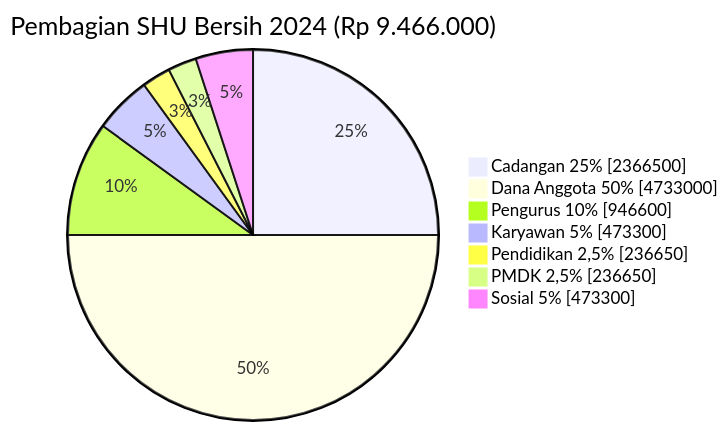
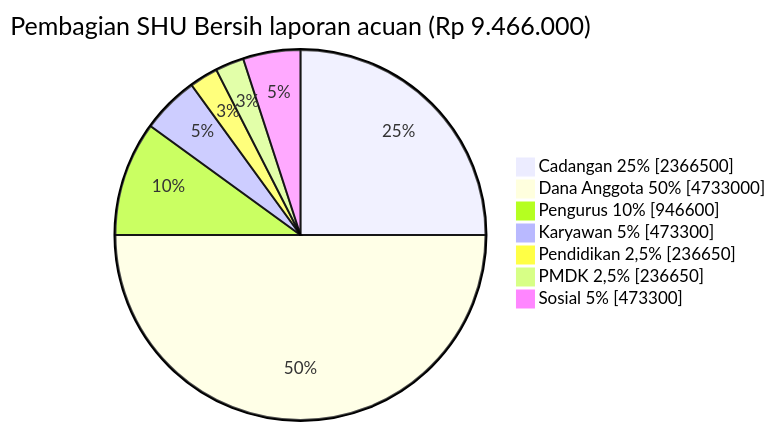
Before and after one commit to SpiNoice01/Kopdes_Kedungsana-new: the second of 4 diagrams in kopdes_kedungsana/docs/Rumus_SHU_Plug_and_Play.md, drawn with Mermaid. The commit also changed other lines of this file and 6 other files, not shown here.

````diff
--- a/kopdes_kedungsana/docs/Rumus_SHU_Plug_and_Play.md
+++ b/kopdes_kedungsana/docs/Rumus_SHU_Plug_and_Play.md
@@ -79,10 +80,10 @@
 ```mermaid
-pie showData title Pembagian SHU Bersih 2024 (Rp 9.466.000)
+pie showData title Pembagian SHU Bersih laporan acuan (Rp 9.466.000)
     "Cadangan 25%" : 2366500
     "Dana Anggota 50%" : 4733000
     "Pengurus 10%" : 946600
     "Karyawan 5%" : 473300
     "Pendidikan 2,5%" : 236650
     "PMDK 2,5%" : 236650
     "Sosial 5%" : 473300
 ```
````
